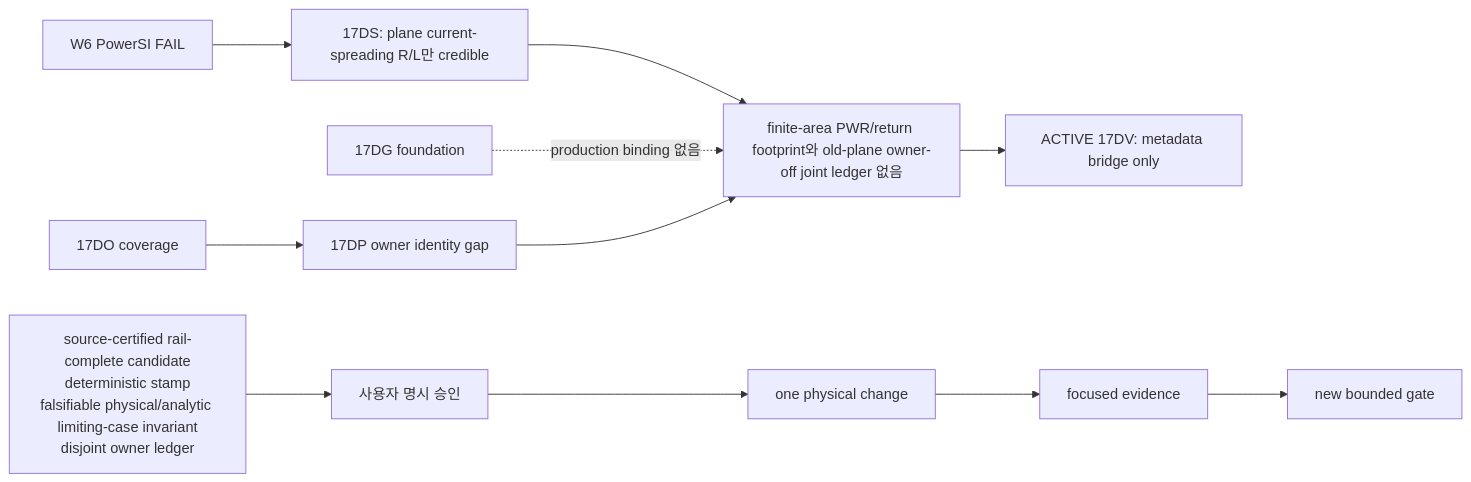
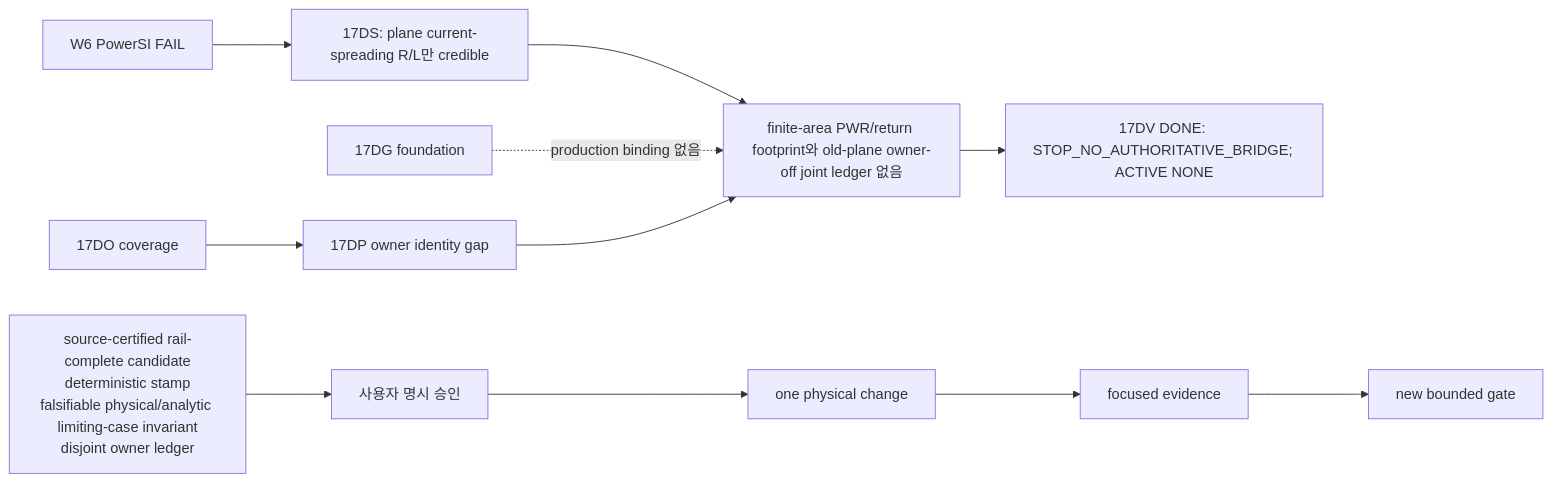
One commit to yunhyok/spd-decap-pi-evaluator changed the diagram in docs/WORK_EXECUTION_BASELINE.md. Above: the diagram before and after it, drawn with Mermaid. The commit also changed other lines of this file and 1 other file, not shown here.

Commit message:
docs: close 17dv metadata bridge gate

````diff
--- a/docs/WORK_EXECUTION_BASELINE.md
+++ b/docs/WORK_EXECUTION_BASELINE.md
@@ -581,13 +598,13 @@
 ```mermaid
 flowchart LR
   A[W6 PowerSI FAIL] --> B[17DS: plane current-spreading R/L만 credible]
   B --> C[finite-area PWR/return footprint와 old-plane owner-off joint ledger 없음]
   D[17DG foundation] -. production binding 없음 .-> C
   E[17DO coverage] --> F[17DP owner identity gap]
   F --> C
-  C --> G[ACTIVE 17DV: metadata bridge only]
+  C --> G[17DV DONE: STOP_NO_AUTHORITATIVE_BRIDGE; ACTIVE NONE]
   H[source-certified rail-complete candidate<br/>deterministic stamp<br/>falsifiable physical/analytic limiting-case invariant<br/>disjoint owner ledger] --> I[사용자 명시 승인]
   I --> J[one physical change]
   J --> K[focused evidence]
   K --> L[new bounded gate]
 ```
````
